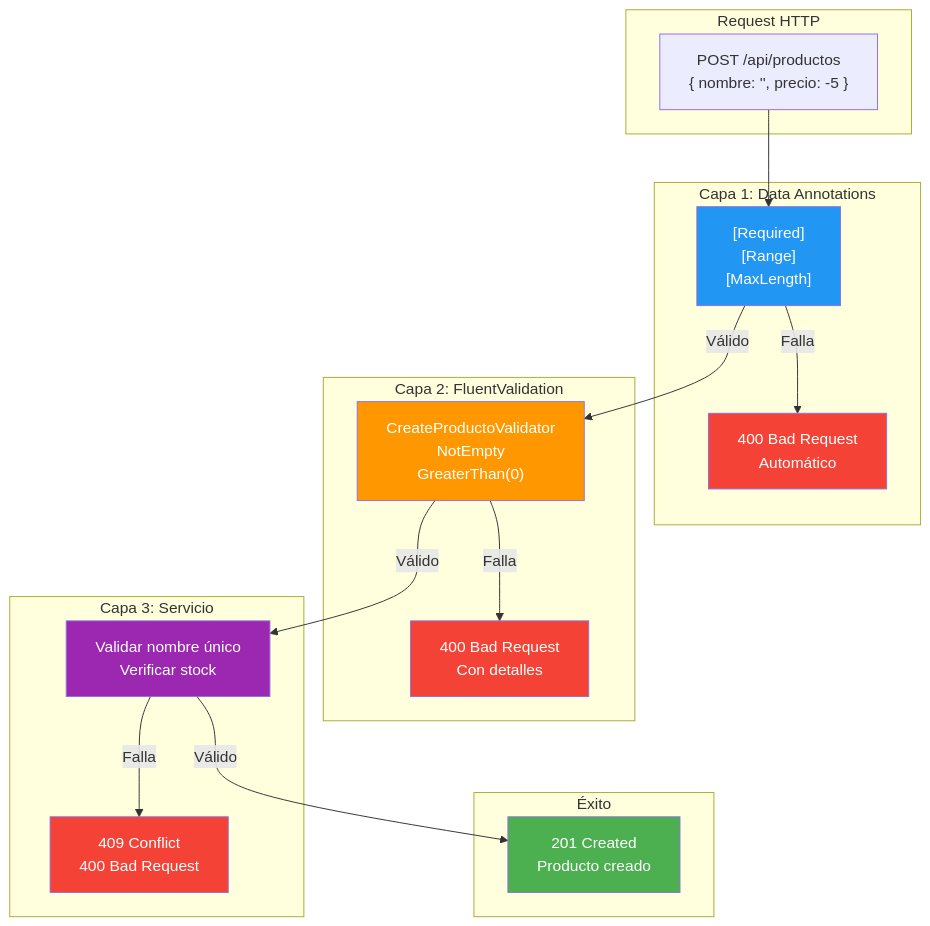
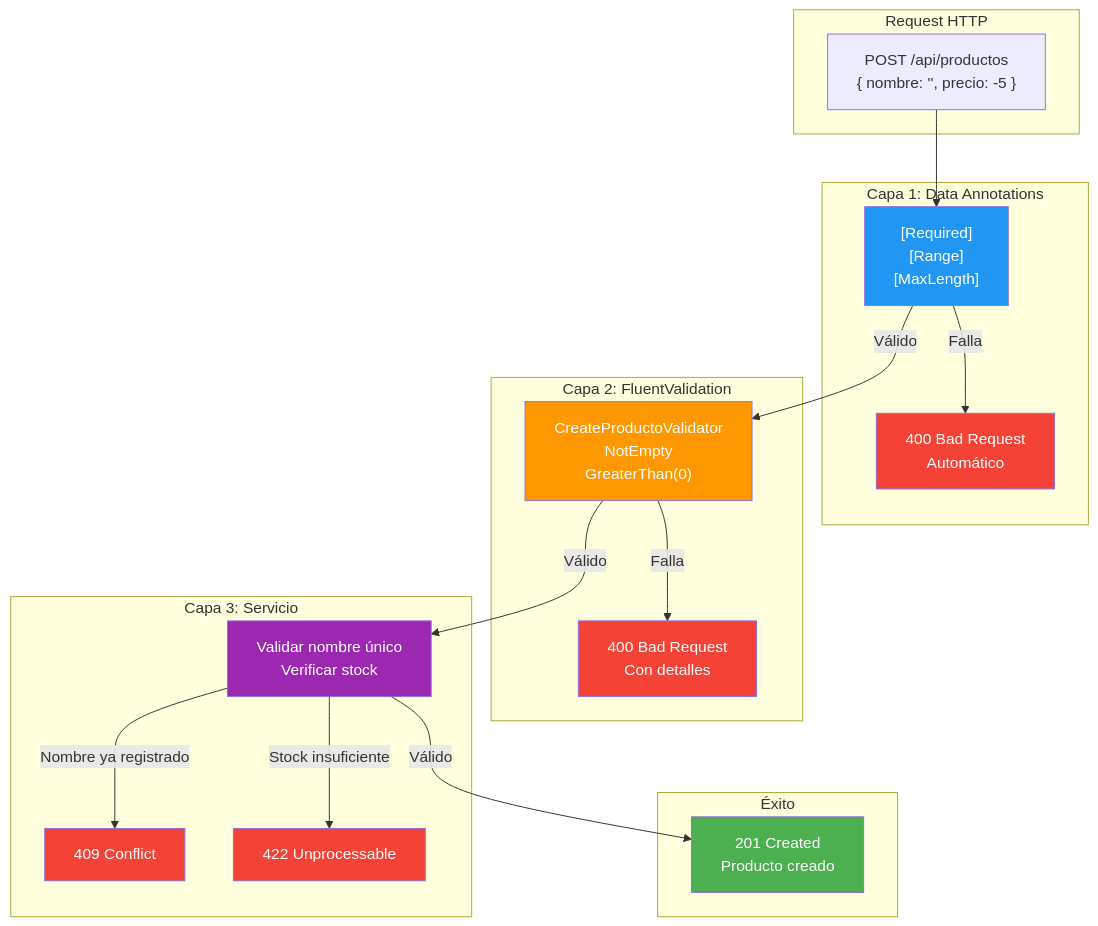
Before and after one commit to joseluisgs/DesarrolloWebEntornosServidor-02-2026-2027: the third of 11 diagrams in 08-dtos-mapeadores-validaciones.md, drawn with Mermaid. The commit also changed 2 other files, not shown here.

Commit message:
[docs] Anade el dilema 409 vs 422 y unifica el criterio en los temas

````diff
--- a/08-dtos-mapeadores-validaciones.md
+++ b/08-dtos-mapeadores-validaciones.md
@@ -293,38 +293,40 @@
 ```mermaid
 flowchart TB
     subgraph "Request HTTP"
         REQ["POST /api/productos<br/>{ nombre: '', precio: -5 }"]
     end
 
     subgraph "Capa 1: Data Annotations"
         DA["[Required]<br/>[Range]<br/>[MaxLength]"]
         DA -->|Falla| DA_ERR["400 Bad Request<br/>Automático"]
     end
 
     subgraph "Capa 2: FluentValidation"
         FV["CreateProductoValidator<br/>NotEmpty<br/>GreaterThan(0)"]
         FV -->|Falla| FV_ERR["400 Bad Request<br/>Con detalles"]
     end
 
     subgraph "Capa 3: Servicio"
         SVC["Validar nombre único<br/>Verificar stock"]
-        SVC -->|Falla| SVC_ERR["409 Conflict<br/>400 Bad Request"]
+        SVC -->|Nombre ya registrado| SVC_ERR["409 Conflict"]
+        SVC -->|Stock insuficiente| SVC_ERR2["422 Unprocessable"]
     end
 
     subgraph "Éxito"
         OK["201 Created<br/>Producto creado"]
     end
 
     REQ --> DA
     DA -->|Válido| FV
     FV -->|Válido| SVC
     SVC -->|Válido| OK
 
     style DA fill:#2196F3,color:#fff
     style FV fill:#FF9800,color:#fff
     style SVC fill:#9C27B0,color:#fff
     style OK fill:#4CAF50,color:#fff
     style DA_ERR fill:#f44336,color:#fff
     style FV_ERR fill:#f44336,color:#fff
     style SVC_ERR fill:#f44336,color:#fff
+    style SVC_ERR2 fill:#f44336,color:#fff
 ```
````
